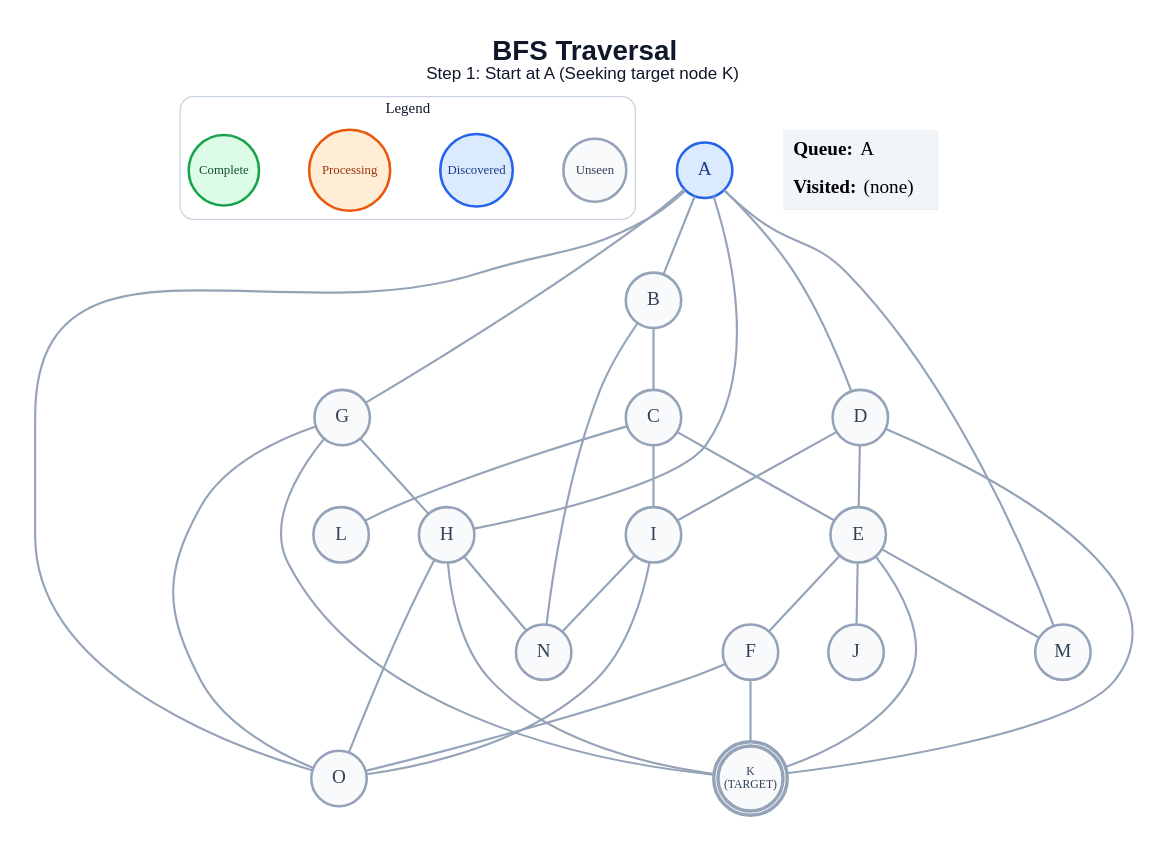
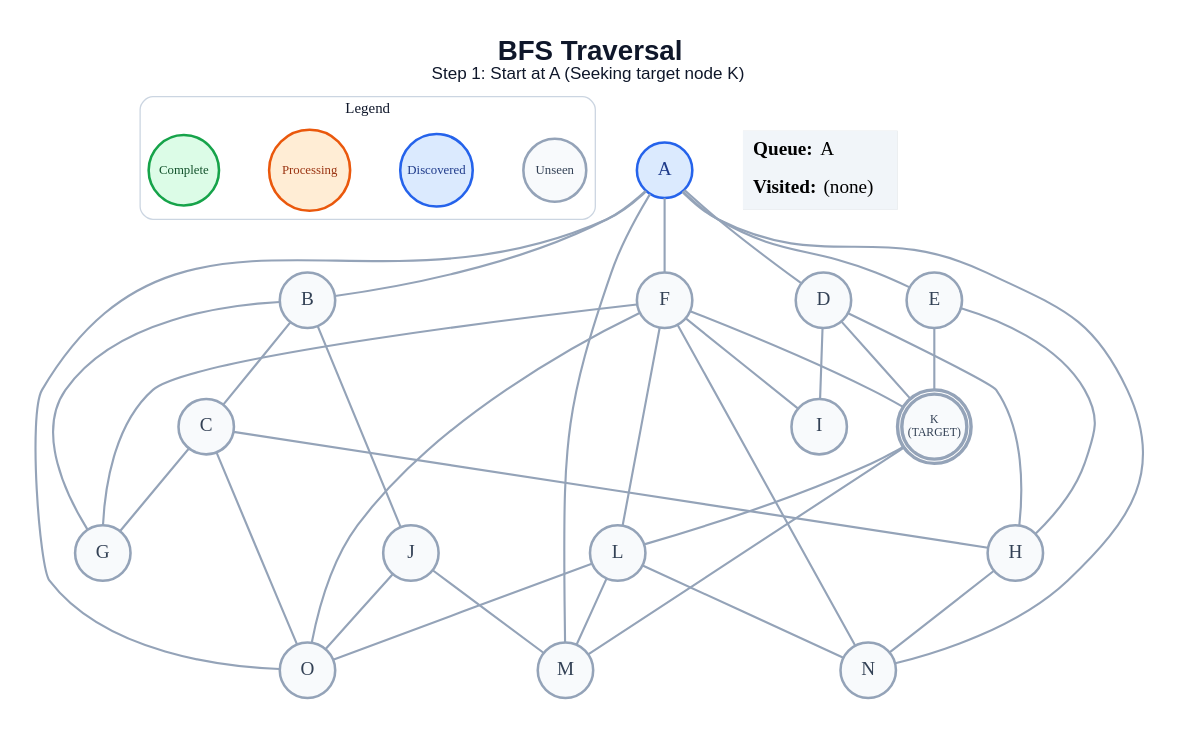
One commit to anon7238593-create/ai-slop changed the diagram in generated/specific-node/bfs/step_01.dot. Above: the diagram before and after it, drawn with Graphviz. The commit also changed 260 other files, not shown here.

```diff
--- a/generated/specific-node/bfs/step_01.dot
+++ b/generated/specific-node/bfs/step_01.dot
@@ -1,62 +1,66 @@
 graph traversal {
   graph [layout=dot, rankdir=TB, bgcolor="#FFFFFF", pad="0.35", nodesep="0.65", ranksep="0.8", fontname="Arial"];
   node [shape=circle, style="filled", fontname="Arial Bold", fontsize=18, width=0.72, fixedsize=true, penwidth=2.4];
   edge [color="#94A3B8", penwidth=2.0];
   label=<<B>BFS Traversal</B><BR/><FONT POINT-SIZE="16">Step 1: Start at A (Seeking target node K)</FONT>>; labelloc="t"; fontsize=26; fontname="Arial"; fontcolor="#0F172A";
   subgraph cluster_legend { label="Legend"; color="#CBD5E1"; penwidth=1.2; style="rounded"; fontsize=14; fontname="Arial Bold";
     key_unseen [label="Unseen", fillcolor="#F8FAFC", color="#94A3B8", fontcolor="#334155", fontsize=12, width=0.82];
     key_frontier [label="Discovered", fillcolor="#DBEAFE", color="#2563EB", fontcolor="#1E3A8A", fontsize=12, width=0.95];
     key_current [label="Processing", fillcolor="#FFEDD5", color="#EA580C", fontcolor="#9A3412", fontsize=12, width=1.05];
     key_done [label="Complete", fillcolor="#DCFCE7", color="#16A34A", fontcolor="#14532D", fontsize=12, width=0.92];
     { rank=same; key_unseen; key_frontier; key_current; key_done; }
   }
   A [label="A", fillcolor="#DBEAFE", color="#2563EB", fontcolor="#1E3A8A", peripheries=1, penwidth=2.4];
   B [label="B", fillcolor="#F8FAFC", color="#94A3B8", fontcolor="#334155", peripheries=1, penwidth=2.4];
   C [label="C", fillcolor="#F8FAFC", color="#94A3B8", fontcolor="#334155", peripheries=1, penwidth=2.4];
   D [label="D", fillcolor="#F8FAFC", color="#94A3B8", fontcolor="#334155", peripheries=1, penwidth=2.4];
   E [label="E", fillcolor="#F8FAFC", color="#94A3B8", fontcolor="#334155", peripheries=1, penwidth=2.4];
   F [label="F", fillcolor="#F8FAFC", color="#94A3B8", fontcolor="#334155", peripheries=1, penwidth=2.4];
   G [label="G", fillcolor="#F8FAFC", color="#94A3B8", fontcolor="#334155", peripheries=1, penwidth=2.4];
   H [label="H", fillcolor="#F8FAFC", color="#94A3B8", fontcolor="#334155", peripheries=1, penwidth=2.4];
   I [label="I", fillcolor="#F8FAFC", color="#94A3B8", fontcolor="#334155", peripheries=1, penwidth=2.4];
   J [label="J", fillcolor="#F8FAFC", color="#94A3B8", fontcolor="#334155", peripheries=1, penwidth=2.4];
   K [label="K\n(TARGET)", fillcolor="#F8FAFC", color="#94A3B8", fontcolor="#334155", peripheries=2, penwidth=3.2, fontsize=11, width=0.85, height=0.85];
   L [label="L", fillcolor="#F8FAFC", color="#94A3B8", fontcolor="#334155", peripheries=1, penwidth=2.4];
   M [label="M", fillcolor="#F8FAFC", color="#94A3B8", fontcolor="#334155", peripheries=1, penwidth=2.4];
   N [label="N", fillcolor="#F8FAFC", color="#94A3B8", fontcolor="#334155", peripheries=1, penwidth=2.4];
   O [label="O", fillcolor="#F8FAFC", color="#94A3B8", fontcolor="#334155", peripheries=1, penwidth=2.4];
   A -- B;
   A -- D;
-  A -- G;
-  A -- H;
+  A -- E;
+  A -- F;
   A -- M;
+  A -- N;
   A -- O;
   B -- C;
-  B -- N;
-  C -- E;
-  C -- I;
-  C -- L;
-  D -- E;
+  B -- G;
+  B -- J;
+  C -- G;
+  C -- H;
+  C -- O;
+  D -- H;
   D -- I;
   D -- K;
-  E -- F;
-  E -- J;
+  E -- H;
   E -- K;
-  E -- M;
+  F -- G;
+  F -- I;
   F -- K;
+  F -- L;
+  F -- N;
   F -- O;
-  G -- H;
-  G -- K;
-  G -- O;
-  H -- K;
   H -- N;
-  H -- O;
-  I -- N;
-  I -- O;
+  J -- M;
+  J -- O;
+  K -- L;
+  K -- M;
+  L -- M;
+  L -- N;
+  L -- O;
   status [shape=plain, fixedsize=false, width=0, height=0, margin=0, label=<
     <TABLE BORDER="0" CELLBORDER="0" CELLPADDING="7" BGCOLOR="#F1F5F9">
       <TR><TD ALIGN="LEFT"><B>Queue:</B> A</TD></TR>
       <TR><TD ALIGN="LEFT"><B>Visited:</B> (none)</TD></TR>
     </TABLE>
   >];
 }
```
